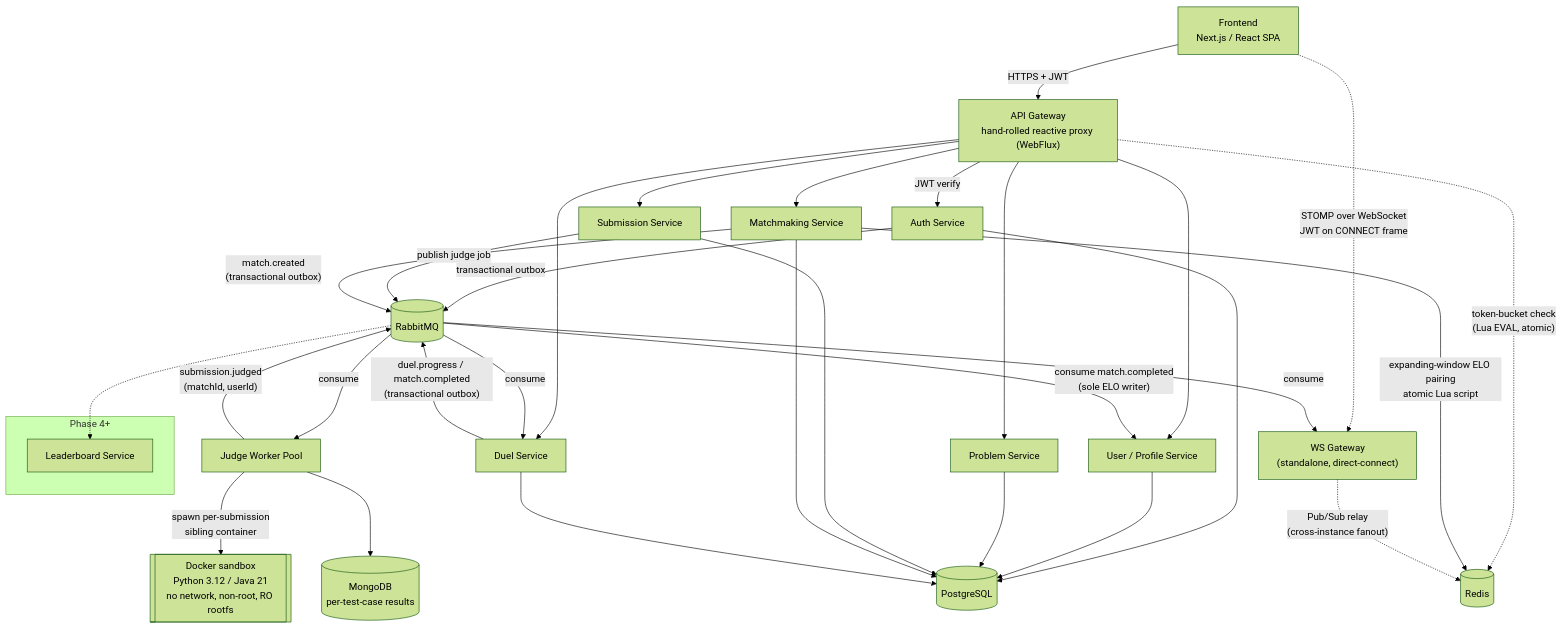
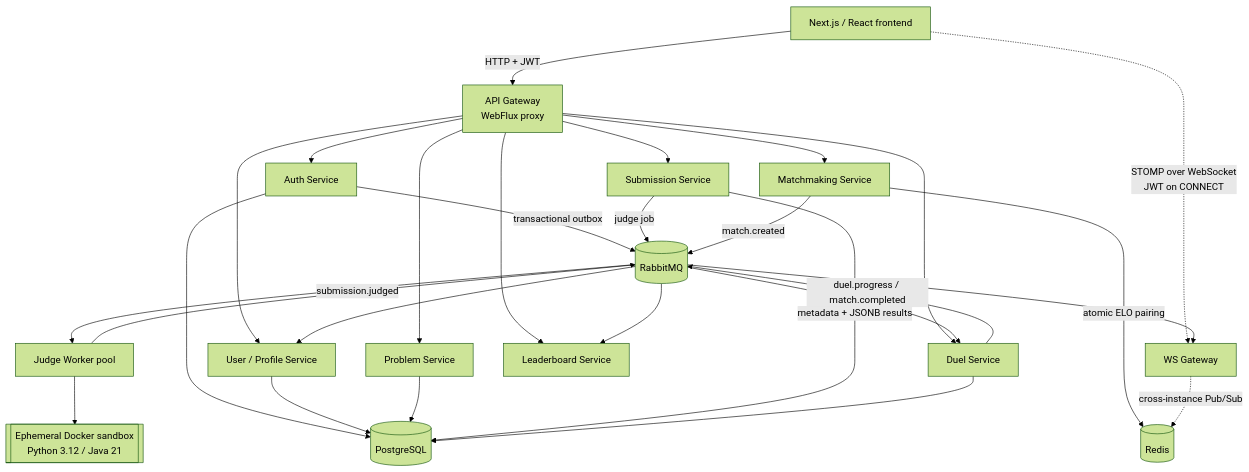
The diagram in README.md (darKKnight14110/leetduel), drawn with Mermaid (forest theme) before and after one commit. The commit also changed other lines of this file and 3 other files, not shown here.

````diff
--- a/README.md
+++ b/README.md
@@ -17,43 +27,36 @@
 ```mermaid
 flowchart TB
-    FE["Frontend<br/>Next.js / React SPA"]
+    FE["Next.js / React frontend"]
 
-    FE -->|"HTTPS + JWT"| GW["API Gateway<br/>hand-rolled reactive proxy (WebFlux)"]
-    FE -.->|"STOMP over WebSocket<br/>JWT on CONNECT frame"| WSG
+    FE -->|"HTTP + JWT"| GW["API Gateway<br/>WebFlux proxy"]
+    FE -.->|"STOMP over WebSocket<br/>JWT on CONNECT"| WSG["WS Gateway"]
 
-    GW -->|"JWT verify"| AUTH["Auth Service"]
+    GW --> AUTH["Auth Service"]
     GW --> USER["User / Profile Service"]
     GW --> PROB["Problem Service"]
     GW --> SUB["Submission Service"]
     GW --> MATCH["Matchmaking Service"]
     GW --> DUEL["Duel Service"]
-    GW -.->|"token-bucket check<br/>(Lua EVAL, atomic)"| REDIS[("Redis")]
+    GW --> LEAD["Leaderboard Service"]
 
-    AUTH -->|"transactional outbox"| MQ[("RabbitMQ")]
-    SUB -->|"publish judge job"| MQ
-    MQ -->|"consume"| JUDGE["Judge Worker Pool"]
+    AUTH -->|"transactional outbox"| MQ[(RabbitMQ)]
+    SUB -->|"judge job"| MQ
+    MQ --> JUDGE["Judge Worker pool"]
+    JUDGE --> SANDBOX[["Ephemeral Docker sandbox<br/>Python 3.12 / Java 21"]]
+    JUDGE -->|"submission.judged"| MQ
 
-    JUDGE -->|"spawn per-submission<br/>sibling container"| SANDBOX[["Docker sandbox<br/>Python 3.12 / Java 21<br/>no network, non-root, RO rootfs"]]
-    JUDGE --> MONGO[("MongoDB<br/>per-test-case results")]
-    JUDGE -->|"submission.judged<br/>(matchId, userId)"| MQ
+    MATCH -->|"atomic ELO pairing"| REDIS[(Redis)]
+    MATCH -->|"match.created"| MQ
+    MQ --> DUEL
+    DUEL -->|"duel.progress / match.completed"| MQ
+    MQ --> WSG
+    MQ --> USER
+    MQ --> LEAD
+    WSG -.->|"cross-instance Pub/Sub"| REDIS
 
-    MATCH -->|"expanding-window ELO pairing<br/>atomic Lua script"| REDIS
-    MATCH -->|"match.created<br/>(transactional outbox)"| MQ
-    MQ -->|"consume"| DUEL
-    DUEL -->|"duel.progress / match.completed<br/>(transactional outbox)"| MQ
-    MQ -->|"consume"| WSG["WS Gateway<br/>(standalone, direct-connect)"]
-    MQ -->|"consume match.completed<br/>(sole ELO writer)"| USER
-    WSG -.->|"Pub/Sub relay<br/>(cross-instance fanout)"| REDIS
-
-    AUTH --> PG[("PostgreSQL")]
+    AUTH --> PG[(PostgreSQL)]
     USER --> PG
     PROB --> PG
-    SUB --> PG
-    MATCH --> PG
+    SUB -->|"metadata + JSONB results"| PG
     DUEL --> PG
-
-    subgraph planned [" Phase 4+ "]
-        LEAD["Leaderboard Service"]
-    end
-    MQ -.-> LEAD
 ```
````
